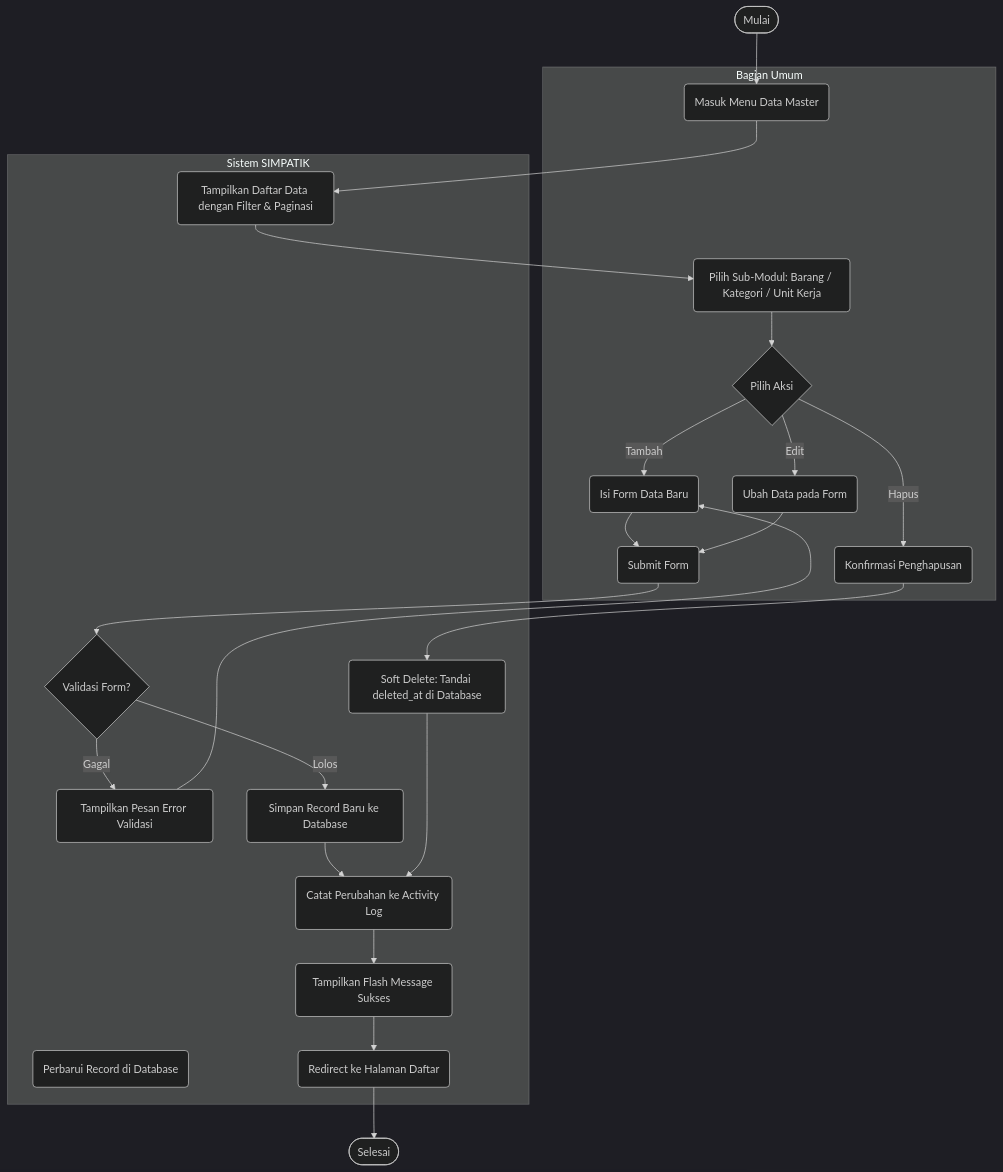
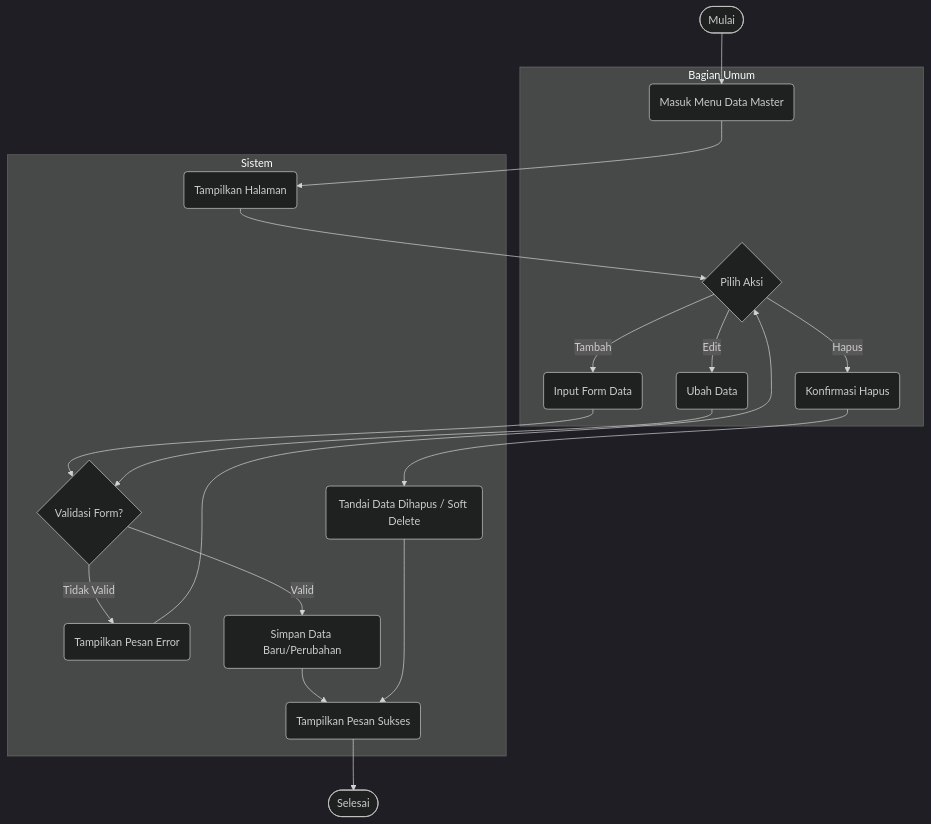
One commit to wahyu2021/SIMPATIK changed the second of 14 diagrams in laporan_activity_diagram.md. Above: the diagram before and after it, drawn with Mermaid (dark theme). The commit also changed other lines of this file and 34 other files, not shown here.

````diff
--- a/laporan_activity_diagram.md
+++ b/laporan_activity_diagram.md
@@ -64,52 +60,43 @@
 ```mermaid
 flowchart TD
     Start([Mulai])
     End([Selesai])
 
     subgraph BagianUmum [Bagian Umum]
         A(Masuk Menu Data Master)
-        B(Pilih Sub-Modul: Barang / Kategori / Unit Kerja)
-        C{Pilih Aksi}
-        D(Isi Form Data Baru)
-        E(Ubah Data pada Form)
-        F(Konfirmasi Penghapusan)
-        G(Submit Form)
+        B{Pilih Aksi}
+        C(Input Form Data)
+        D(Ubah Data)
+        E(Konfirmasi Hapus)
     end
 
-    subgraph Sistem [Sistem SIMPATIK]
-        H(Tampilkan Daftar Data dengan Filter & Paginasi)
-        I{Validasi Form?}
-        J(Tampilkan Pesan Error Validasi)
-        K(Simpan Record Baru ke Database)
-        L(Perbarui Record di Database)
-        M(Soft Delete: Tandai deleted_at di Database)
-        N(Catat Perubahan ke Activity Log)
-        O(Tampilkan Flash Message Sukses)
-        P(Redirect ke Halaman Daftar)
+    subgraph Sistem
+        F(Tampilkan Halaman)
+        G{Validasi Form?}
+        H(Tampilkan Pesan Error)
+        I(Simpan Data Baru/Perubahan)
+        J(Tandai Data Dihapus / Soft Delete)
+        K(Tampilkan Pesan Sukses)
     end
 
     Start --> A
-    A --> H
+    A --> F
+    F --> B
+
+    B -- Tambah --> C
+    B -- Edit --> D
+    C --> G
+    D --> G
+
+    G -- Tidak Valid --> H
     H --> B
-    B --> C
 
-    C -- Tambah --> D
-    C -- Edit --> E
-    D --> G
-    E --> G
+    G -- Valid --> I
+    
+    B -- Hapus --> E
+    E --> J
 
-    G --> I
-    I -- Gagal --> J
-    J --> D
-
-    I -- Lolos --> K
-    K --> N
-
-    C -- Hapus --> F
-    F --> M
-    M --> N
-
-    N --> O
-    O --> P
-    P --> End
+    I --> K
+    J --> K
+    K --> End
 ```
````
